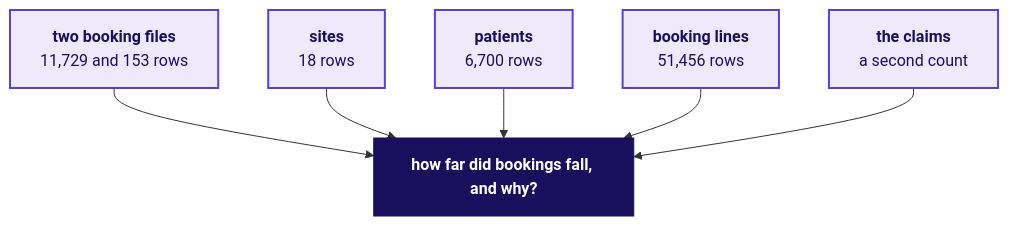
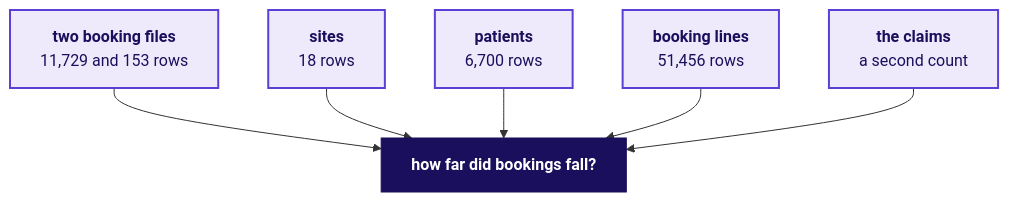
The ninth of 22 diagrams in content/W03/D1/slides/C2_W03_D01_introduction_STUDENT.md (fde-academy-lab/c2-content-factory), drawn with Mermaid before and after one commit. The commit also changed other lines of this file and 15 other files, not shown here.

````diff
--- a/content/W03/D1/slides/C2_W03_D01_introduction_STUDENT.md
+++ b/content/W03/D1/slides/C2_W03_D01_introduction_STUDENT.md
@@ -512,12 +544,12 @@
 ```mermaid
 flowchart TB
-    B["<b>two booking files</b><br/>11,729 and 153 rows"] --> Q["<b>how far did bookings fall, and why?</b>"]
+    B["<b>two booking files</b><br/>11,729 and 153 rows"] --> Q["<b>how far did bookings fall?</b>"]
     S["<b>sites</b><br/>18 rows"] --> Q
     P["<b>patients</b><br/>6,700 rows"] --> Q
     T["<b>booking lines</b><br/>51,456 rows"] --> Q
     C["<b>the claims</b><br/>a second count"] --> Q
     classDef known fill:#EEEAFB,stroke:#5B3FD6,color:#1A0F5C,stroke-width:2px
     classDef dark fill:#1A0F5C,stroke:#1A0F5C,color:#FFFFFF
     class B,S,P,T,C known
     class Q dark
 ```
````
